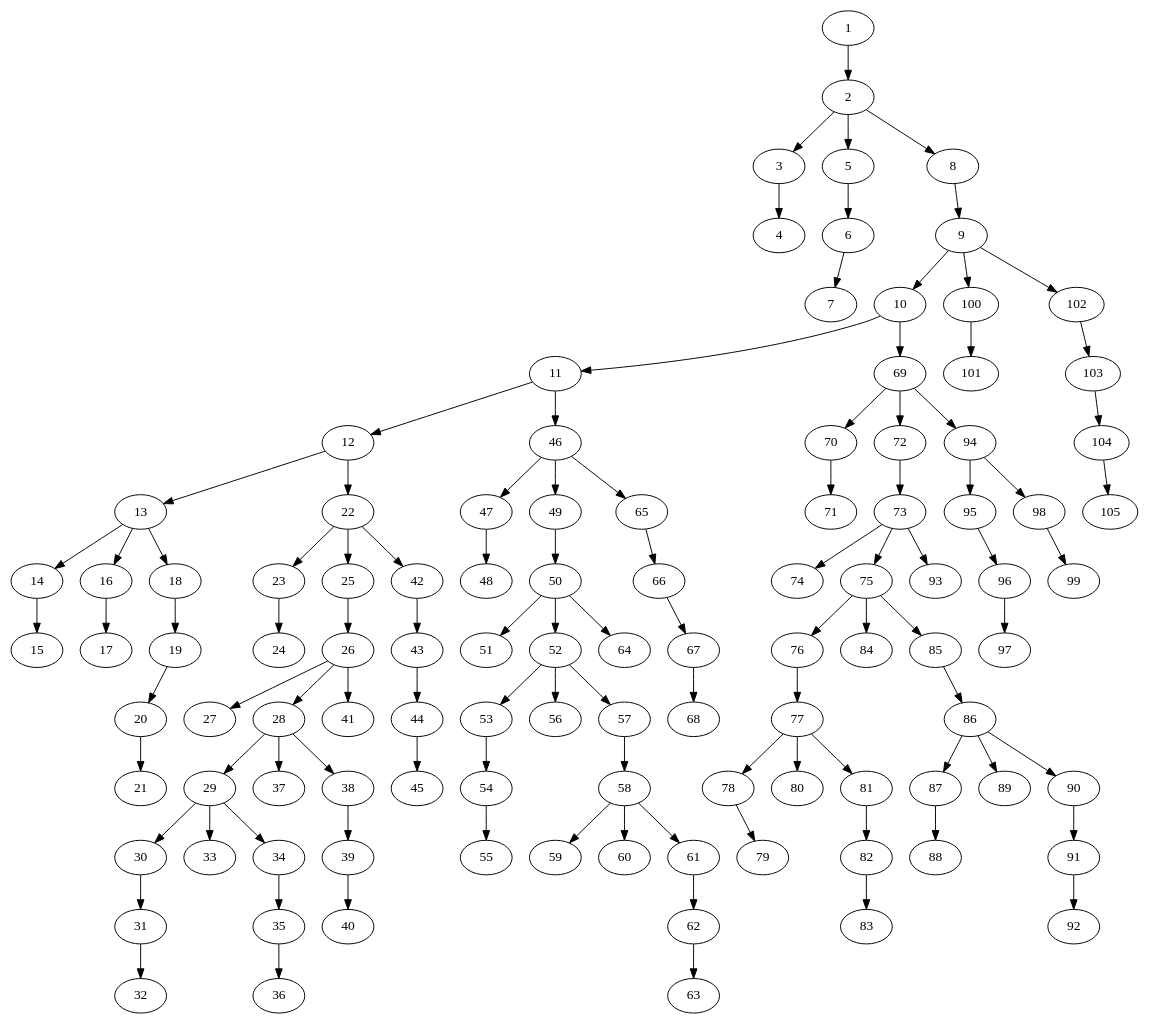
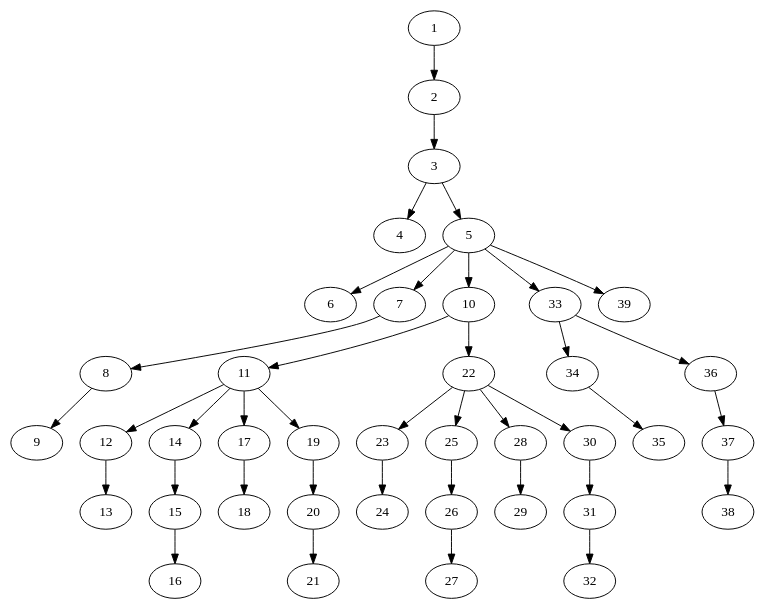
Before and after one commit to Ajax12345/caspian-lang: the diagram in caspian/src/ast_stuff.dot, drawn with Graphviz. The commit also changed 5 other files, not shown here.

```diff
--- a/caspian/src/ast_stuff.dot
+++ b/caspian/src/ast_stuff.dot
@@ -1,106 +1,40 @@
 strict digraph "" {
 	1 -> 2;
 	2 -> 3;
-	2 -> 5;
-	2 -> 8;
 	3 -> 4;
+	3 -> 5;
 	5 -> 6;
-	6 -> 7;
+	5 -> 7;
+	5 -> 10;
+	5 -> 33;
+	5 -> 39;
+	7 -> 8;
 	8 -> 9;
-	9 -> 10;
-	9 -> 100;
-	9 -> 102;
 	10 -> 11;
-	10 -> 69;
+	10 -> 22;
 	11 -> 12;
-	11 -> 46;
+	11 -> 14;
+	11 -> 17;
+	11 -> 19;
 	12 -> 13;
-	12 -> 22;
-	13 -> 14;
-	13 -> 16;
-	13 -> 18;
 	14 -> 15;
-	16 -> 17;
-	18 -> 19;
+	15 -> 16;
+	17 -> 18;
 	19 -> 20;
 	20 -> 21;
 	22 -> 23;
 	22 -> 25;
-	22 -> 42;
+	22 -> 28;
+	22 -> 30;
 	23 -> 24;
 	25 -> 26;
 	26 -> 27;
-	26 -> 28;
-	26 -> 41;
 	28 -> 29;
-	28 -> 37;
-	28 -> 38;
-	29 -> 30;
-	29 -> 33;
-	29 -> 34;
 	30 -> 31;
 	31 -> 32;
+	33 -> 34;
+	33 -> 36;
 	34 -> 35;
-	35 -> 36;
-	38 -> 39;
-	39 -> 40;
-	42 -> 43;
-	43 -> 44;
-	44 -> 45;
-	46 -> 47;
-	46 -> 49;
-	46 -> 65;
-	47 -> 48;
-	49 -> 50;
-	50 -> 51;
-	50 -> 52;
-	50 -> 64;
-	52 -> 53;
-	52 -> 56;
-	52 -> 57;
-	53 -> 54;
-	54 -> 55;
-	57 -> 58;
-	58 -> 59;
-	58 -> 60;
-	58 -> 61;
-	61 -> 62;
-	62 -> 63;
-	65 -> 66;
-	66 -> 67;
-	67 -> 68;
-	69 -> 70;
-	69 -> 72;
-	69 -> 94;
-	70 -> 71;
-	72 -> 73;
-	73 -> 74;
-	73 -> 75;
-	73 -> 93;
-	75 -> 76;
-	75 -> 84;
-	75 -> 85;
-	76 -> 77;
-	77 -> 78;
-	77 -> 80;
-	77 -> 81;
-	78 -> 79;
-	81 -> 82;
-	82 -> 83;
-	85 -> 86;
-	86 -> 87;
-	86 -> 89;
-	86 -> 90;
-	87 -> 88;
-	90 -> 91;
-	91 -> 92;
-	94 -> 95;
-	94 -> 98;
-	95 -> 96;
-	96 -> 97;
-	98 -> 99;
-	100 -> 101;
-	102 -> 103;
-	103 -> 104;
-	104 -> 105;
+	36 -> 37;
+	37 -> 38;
 }
```
